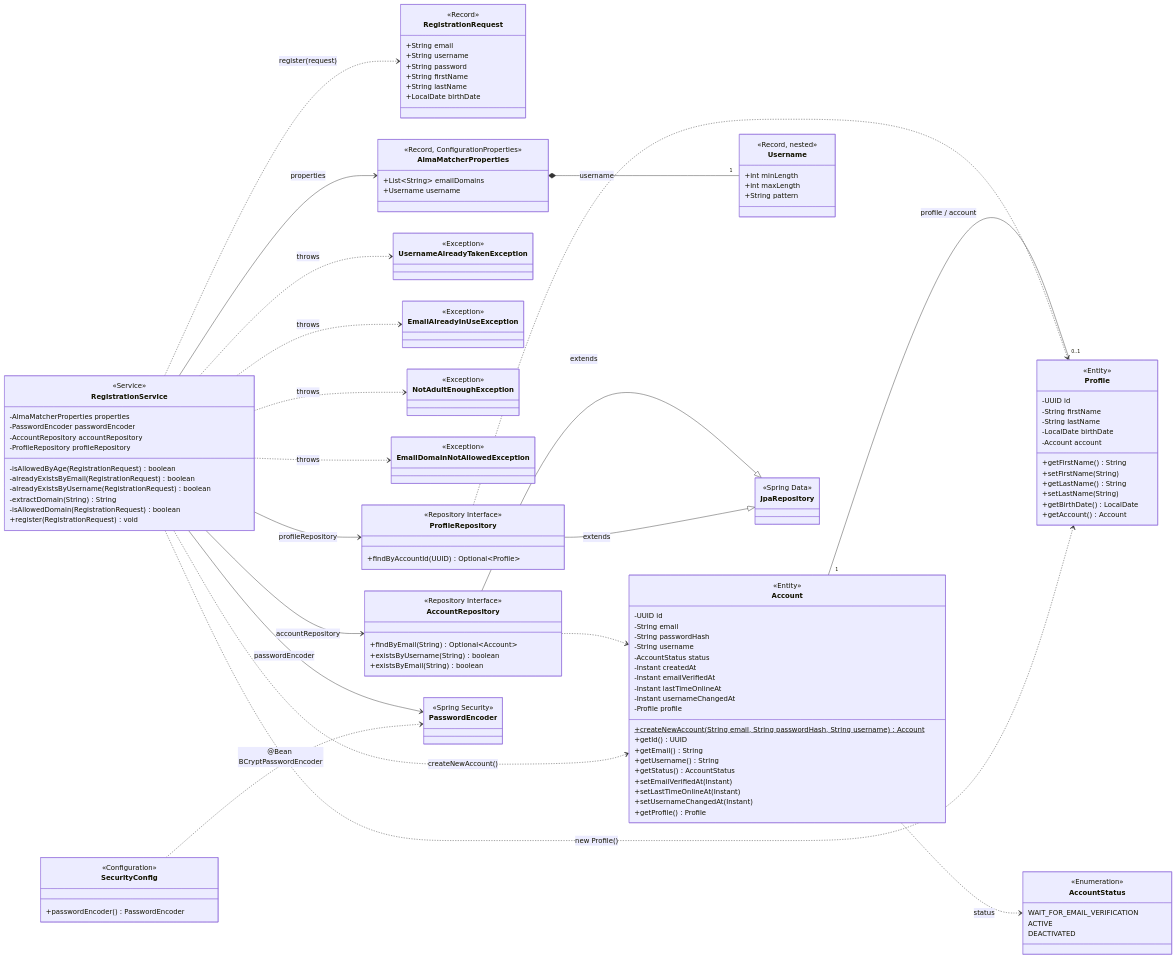
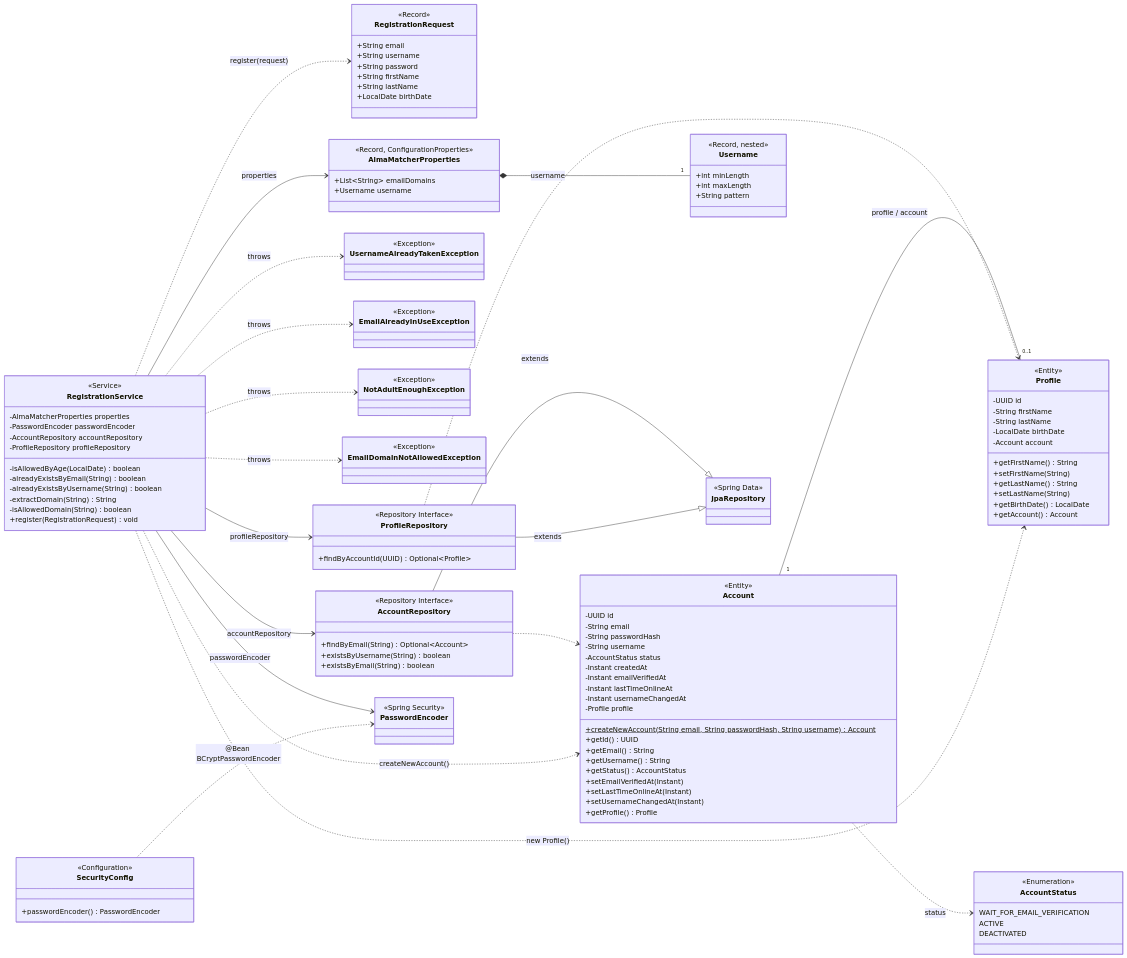
The diagram in docs/class-map.md (leoI0II/alma-matcher), drawn with Mermaid before and after one commit. The commit also changed other lines of this file and 1 other file, not shown here.

Commit message:
upd: now the check methods take as args the correct type, not generic RegistrationRequest one. take the email at the beginning, trim and lower case it, and extract the domain. upd the uml file.

```diff
--- a/docs/class-map.md
+++ b/docs/class-map.md
@@ -108,11 +108,11 @@
         -PasswordEncoder passwordEncoder
         -AccountRepository accountRepository
         -ProfileRepository profileRepository
-        -isAllowedByAge(RegistrationRequest) boolean
-        -alreadyExistsByEmail(RegistrationRequest) boolean
-        -alreadyExistsByUsername(RegistrationRequest) boolean
+        -isAllowedByAge(LocalDate) boolean
+        -alreadyExistsByEmail(String) boolean
+        -alreadyExistsByUsername(String) boolean
         -extractDomain(String) String
-        -isAllowedDomain(RegistrationRequest) boolean
+        -isAllowedDomain(String) boolean
         +register(RegistrationRequest) void
     }
 
```
